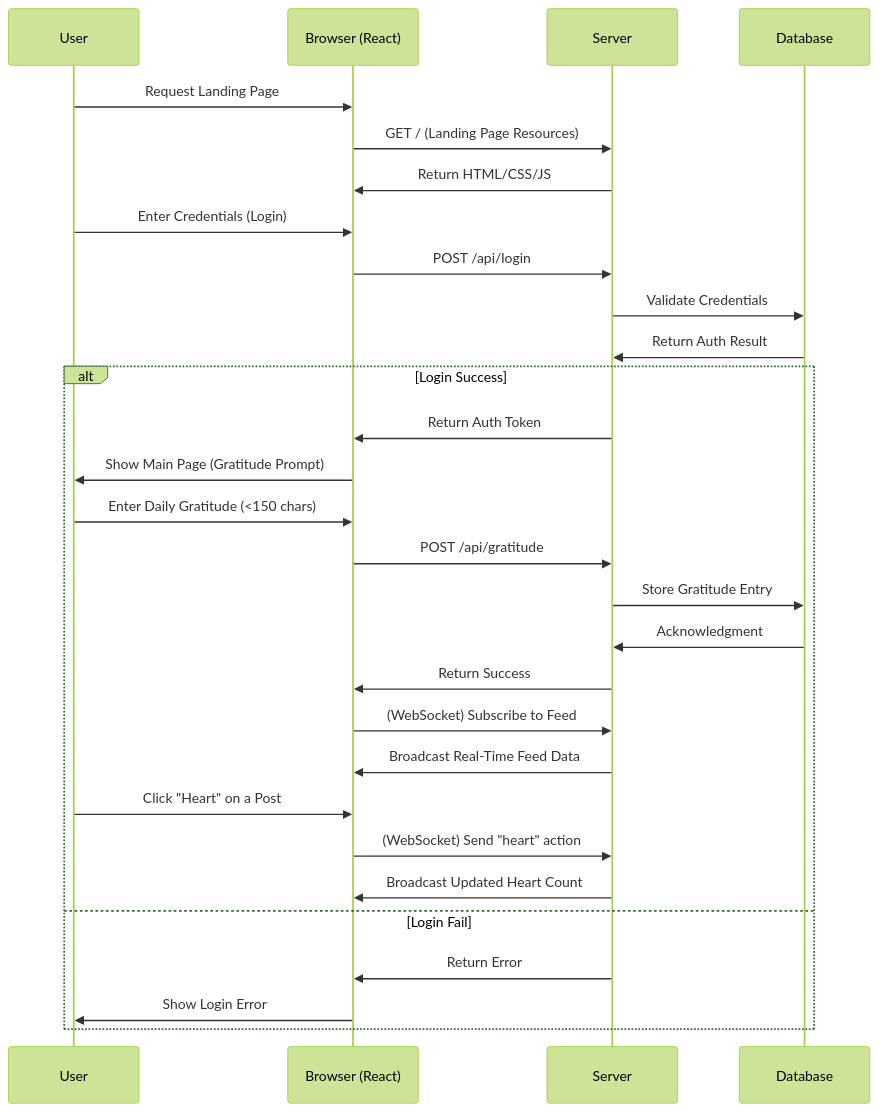
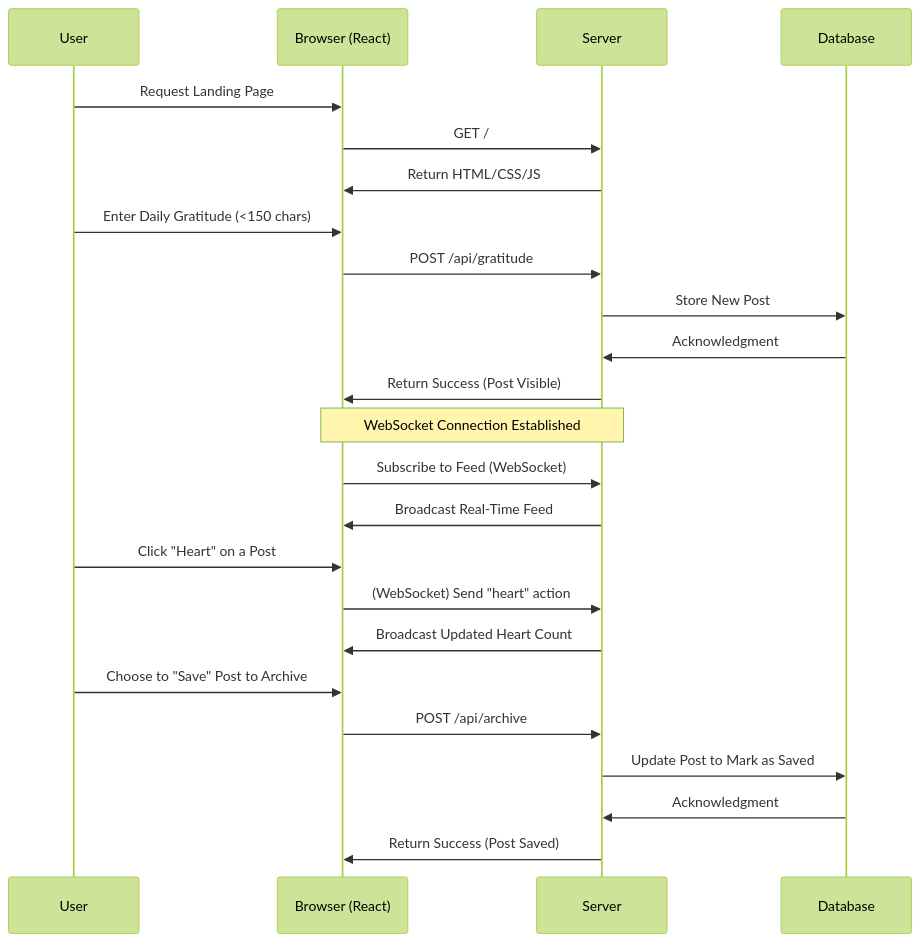
The diagram in README.md (eddieblu/startup), drawn with Mermaid (forest theme) before and after one commit.

Commit message:
Update README.md
test new look on sequence diagram ?

````diff
--- a/README.md
+++ b/README.md
@@ -30,37 +30,31 @@
 ```mermaid
 sequenceDiagram
     participant U as User
     participant B as Browser (React)
     participant S as Server
     participant DB as Database
 
     U->>B: Request Landing Page
-    B->>S: GET / (Landing Page Resources)
+    B->>S: GET /
     S->>B: Return HTML/CSS/JS
 
-    U->>B: Enter Credentials (Login)
-    B->>S: POST /api/login
-    S->>DB: Validate Credentials
-    DB->>S: Return Auth Result
+    U->>B: Enter Daily Gratitude (<150 chars)
+    B->>S: POST /api/gratitude
+    S->>DB: Store New Post
+    DB->>S: Acknowledgment
+    S->>B: Return Success (Post Visible)
 
-    alt Login Success
-        S->>B: Return Auth Token
-        B->>U: Show Main Page (Gratitude Prompt)
+    Note over B,S: WebSocket Connection Established
+    B->>S: Subscribe to Feed (WebSocket)
+    S->>B: Broadcast Real-Time Feed
 
-        U->>B: Enter Daily Gratitude (<150 chars)
-        B->>S: POST /api/gratitude
-        S->>DB: Store Gratitude Entry
-        DB->>S: Acknowledgment
-        S->>B: Return Success
+    U->>B: Click "Heart" on a Post
+    B->>S: (WebSocket) Send "heart" action
+    S->>B: Broadcast Updated Heart Count
 
-        B->>S: (WebSocket) Subscribe to Feed
-        S->>B: Broadcast Real-Time Feed Data
-        
-        U->>B: Click "Heart" on a Post
-        B->>S: (WebSocket) Send "heart" action
-        S->>B: Broadcast Updated Heart Count
-    else Login Fail
-        S->>B: Return Error
-        B->>U: Show Login Error
-    end
+    U->>B: Choose to "Save" Post to Archive
+    B->>S: POST /api/archive
+    S->>DB: Update Post to Mark as Saved
+    DB->>S: Acknowledgment
+    S->>B: Return Success (Post Saved)
 ```
````
